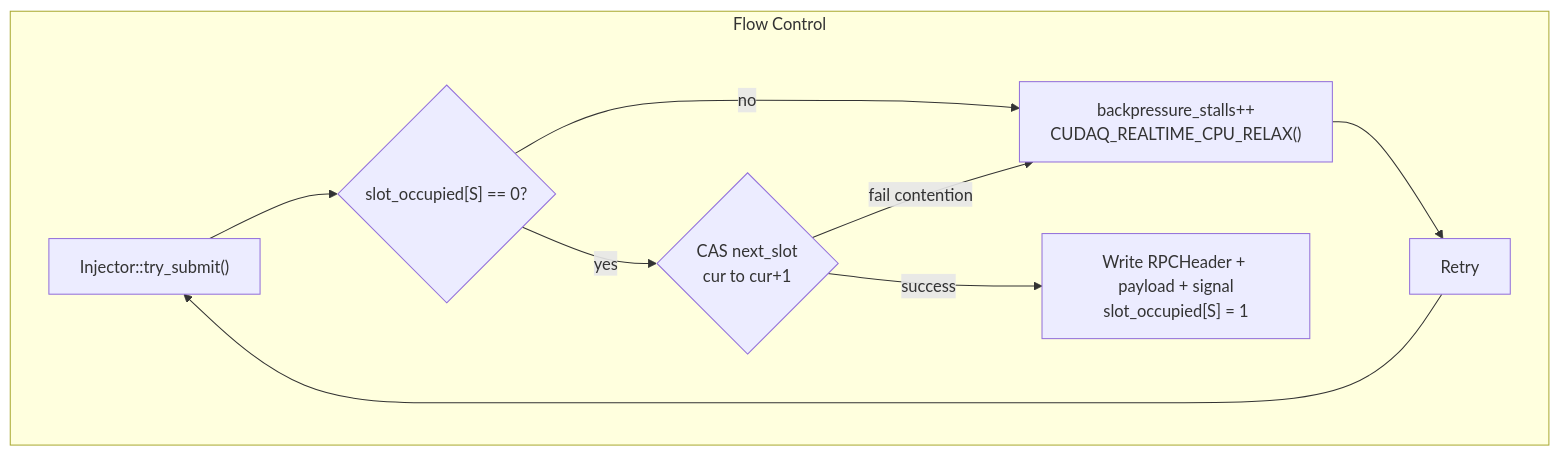
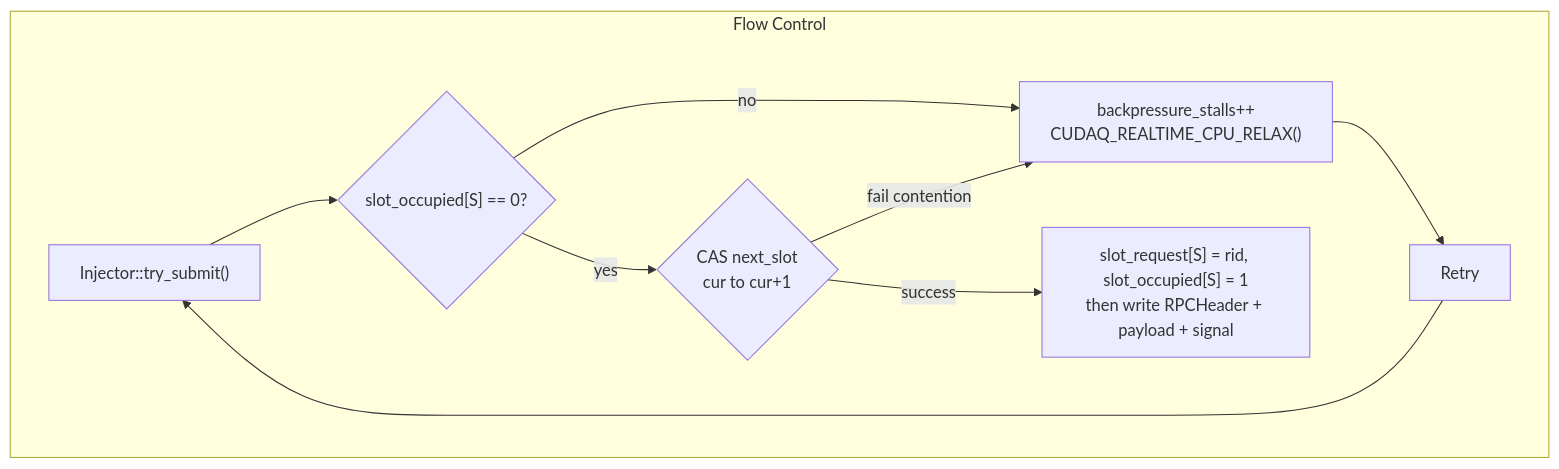
Before and after one commit to NVIDIA/cudaq-qec: the sixth of 8 diagrams in libs/qec/lib/realtime/realtime_pipeline_architecture.md, drawn with Mermaid. The commit also changed other lines of this file and 16 other files, not shown here.

````diff
--- a/libs/qec/lib/realtime/realtime_pipeline_architecture.md
+++ b/libs/qec/lib/realtime/realtime_pipeline_architecture.md
@@ -345,18 +357,18 @@
 ```mermaid
 flowchart TD
     subgraph "Flow Control"
         Submit["Injector::try_submit()"]
         Check{"slot_occupied[S] == 0?"}
         CAS{"CAS next_slot<br>cur to cur+1"}
-        Write["Write RPCHeader + payload + signal<br>slot_occupied[S] = 1"]
+        Write["slot_request[S] = rid, slot_occupied[S] = 1<br>then write RPCHeader + payload + signal"]
         Stall["backpressure_stalls++<br>CUDAQ_REALTIME_CPU_RELAX()"]
         Retry["Retry"]
 
         Submit --> Check
         Check -->|yes| CAS
         Check -->|no| Stall
         CAS -->|success| Write
         CAS -->|"fail contention"| Stall
         Stall --> Retry --> Submit
     end
 ```
````
